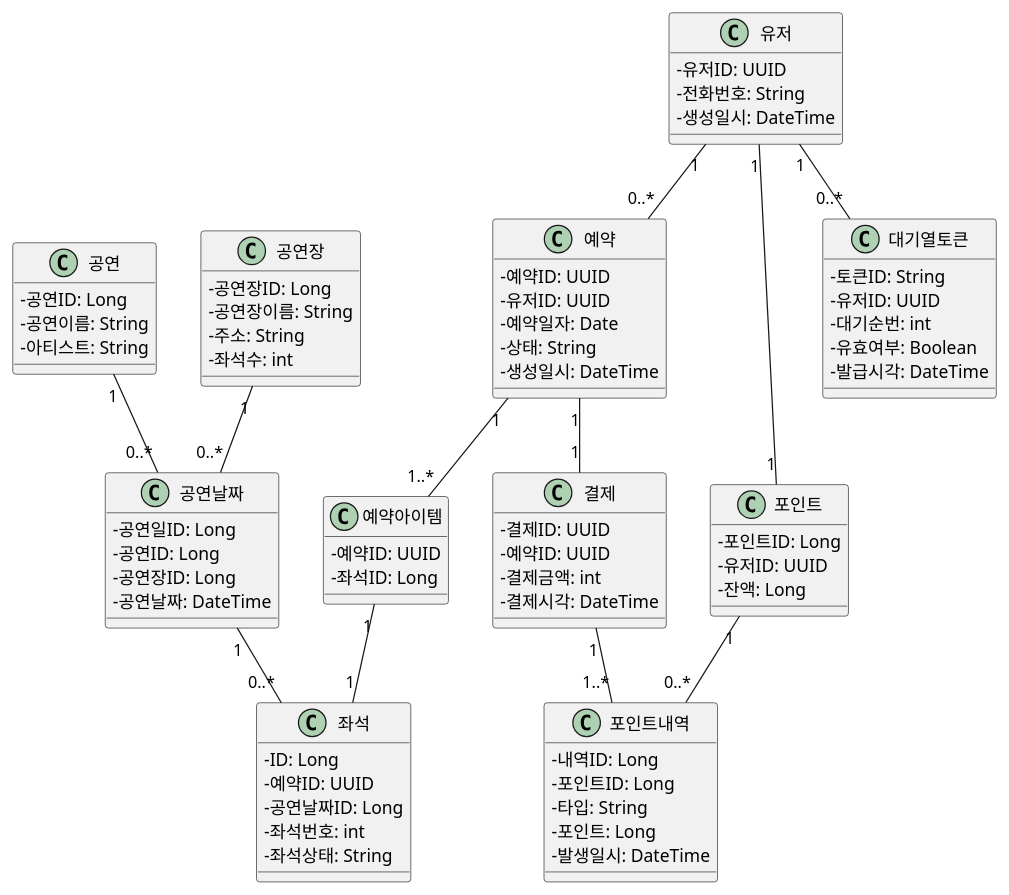
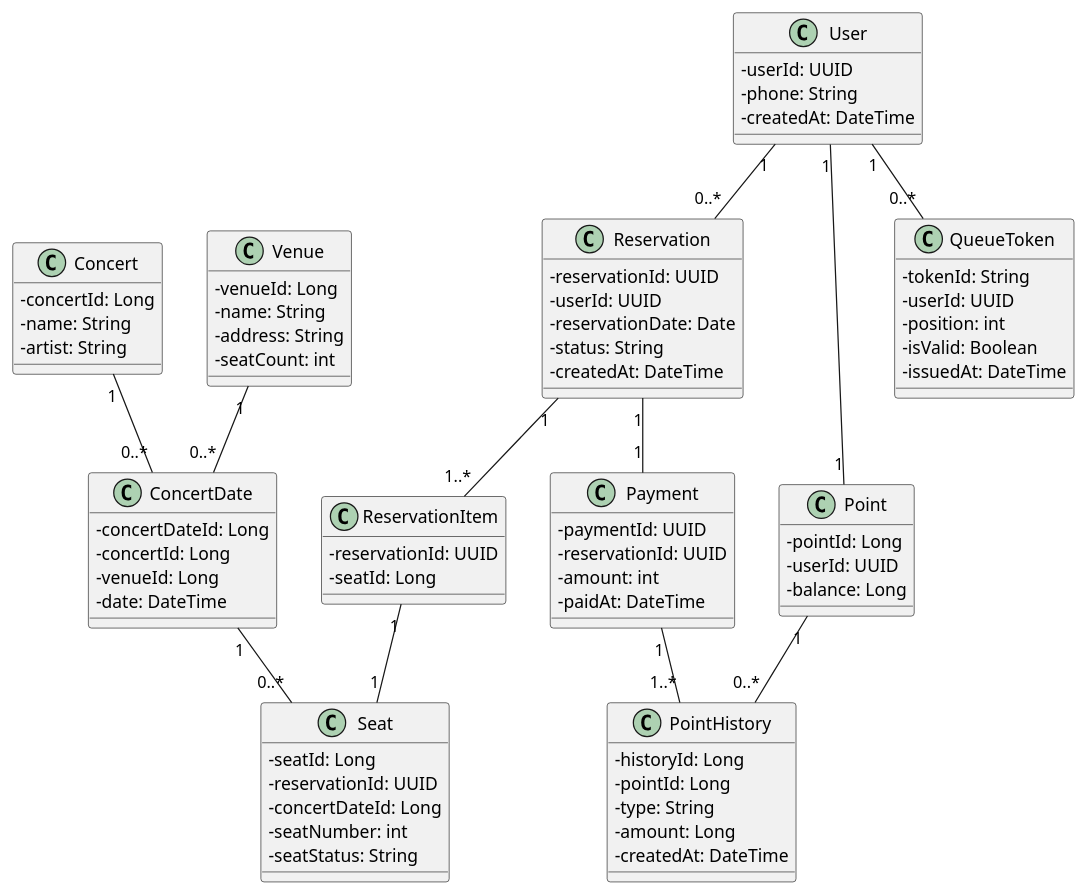
One commit to shAn-kor/hanghae99-server-java changed the diagram in docs/Class.puml. Above: the diagram before and after it, drawn with PlantUML. The commit also changed 1 other file, not shown here.

Commit message:
Docs: Fix ERD, Class Diagram 멘토님 피드백 반영

```diff
--- a/docs/Class.puml
+++ b/docs/Class.puml
@@ -1,92 +1,92 @@
 @startuml
 skinparam classAttributeIconSize 0
 
-class 공연 {
-  - 공연ID: Long
-  - 공연이름: String
-  - 아티스트: String
+class Concert {
+  - concertId: Long
+  - name: String
+  - artist: String
 }
 
-class 공연장 {
-  - 공연장ID: Long
-  - 공연장이름: String
-  - 주소: String
-  - 좌석수: int
+class Venue {
+  - venueId: Long
+  - name: String
+  - address: String
+  - seatCount: int
 }
 
-class 공연날짜 {
-  - 공연일ID: Long
-  - 공연ID: Long
-  - 공연장ID: Long
-  - 공연날짜: DateTime
+class ConcertDate {
+  - concertDateId: Long
+  - concertId: Long
+  - venueId: Long
+  - date: DateTime
 }
 
-class 유저 {
-  - 유저ID: UUID
-  - 전화번호: String
-  - 생성일시: DateTime
+class User {
+  - userId: UUID
+  - phone: String
+  - createdAt: DateTime
 }
 
-class 포인트 {
-  - 포인트ID: Long
-  - 유저ID: UUID
-  - 잔액: Long
+class Point {
+  - pointId: Long
+  - userId: UUID
+  - balance: Long
 }
 
-class 포인트내역 {
-  - 내역ID: Long
-  - 포인트ID: Long
-  - 타입: String
-  - 포인트: Long
-  - 발생일시: DateTime
+class PointHistory {
+  - historyId: Long
+  - pointId: Long
+  - type: String
+  - amount: Long
+  - createdAt: DateTime
 }
 
-class 대기열토큰 {
-  - 토큰ID: String
-  - 유저ID: UUID
-  - 대기순번: int
-  - 유효여부: Boolean
-  - 발급시각: DateTime
+class QueueToken {
+  - tokenId: String
+  - userId: UUID
+  - position: int
+  - isValid: Boolean
+  - issuedAt: DateTime
 }
 
-class 예약 {
-  - 예약ID: UUID
-  - 유저ID: UUID
-  - 예약일자: Date
-  - 상태: String
-  - 생성일시: DateTime
+class Reservation {
+  - reservationId: UUID
+  - userId: UUID
+  - reservationDate: Date
+  - status: String
+  - createdAt: DateTime
 }
 
-class 좌석 {
-  - ID: Long
-  - 예약ID: UUID
-  - 공연날짜ID: Long
-  - 좌석번호: int
-  - 좌석상태: String
+class Seat {
+  - seatId: Long
+  - reservationId: UUID
+  - concertDateId: Long
+  - seatNumber: int
+  - seatStatus: String
 }
 
-class 예약아이템 {
-  - 예약ID: UUID
-  - 좌석ID: Long
+class ReservationItem {
+  - reservationId: UUID
+  - seatId: Long
 }
 
-class 결제 {
-  - 결제ID: UUID
-  - 예약ID: UUID
-  - 결제금액: int
-  - 결제시각: DateTime
+class Payment {
+  - paymentId: UUID
+  - reservationId: UUID
+  - amount: int
+  - paidAt: DateTime
 }
 
-공연 "1" -- "0..*" 공연날짜
-공연장 "1" -- "0..*" 공연날짜
-유저 "1" -- "1" 포인트
-포인트 "1" -- "0..*" 포인트내역
-유저 "1" -- "0..*" 대기열토큰
-유저 "1" -- "0..*" 예약
-예약 "1" -- "1..*" 예약아이템
-예약아이템 "1" -- "1" 좌석
-공연날짜 "1" -- "0..*" 좌석
-예약 "1" -- "1" 결제
-결제 "1" -- "1..*" 포인트내역
+Concert "1" -- "0..*" ConcertDate
+Venue "1" -- "0..*" ConcertDate
+User "1" -- "1" Point
+Point "1" -- "0..*" PointHistory
+User "1" -- "0..*" QueueToken
+User "1" -- "0..*" Reservation
+Reservation "1" -- "1..*" ReservationItem
+ReservationItem "1" -- "1" Seat
+ConcertDate "1" -- "0..*" Seat
+Reservation "1" -- "1" Payment
+Payment "1" -- "1..*" PointHistory
 
 @enduml
```
